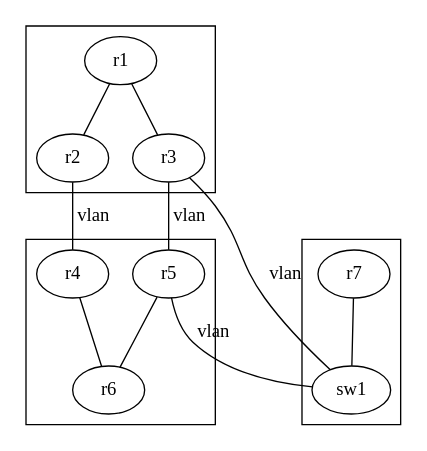
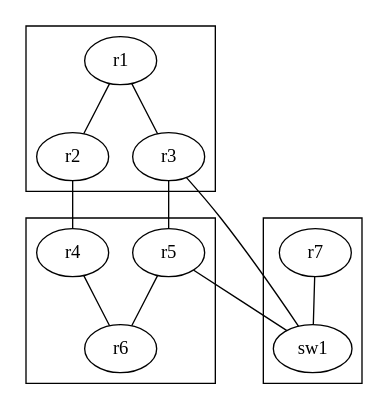
One commit to cpflat/dot2net changed the diagram in example/vlan_multihost/input.dot. Above: the diagram before and after it, drawn with Graphviz. The commit also changed 21 other files, not shown here.

```diff
--- a/example/vlan_multihost/input.dot
+++ b/example/vlan_multihost/input.dot
@@ -1,29 +1,29 @@
 digraph {
 
 	subgraph cluster_host1 {
                 r1[class="router"];
 		r2[class="router"];
 		r3[class="router"];
         }
 
         subgraph cluster_host2 {
 		r4[class="router"];
 		r5[class="router"];
 		r6[class="router"];
         }
 
         subgraph cluster_host3 {
 		sw1[class="switch"];
                 r7[class="router"];
         }
 
 	r1->r2[dir="none"];
 	r1->r3[dir="none"];
-	r2->r4[dir="none", label="vlan"];
-	r3->r5[dir="none", label="vlan"];
+	r2->r4[dir="none", class="interface#vlan"];
+	r3->r5[dir="none", class="interface#vlan"];
 	r4->r6[dir="none"];
 	r5->r6[dir="none"];
-	r3->sw1[dir="none", label="vlan"];
-	r5->sw1[dir="none", label="vlan"];
+	r3->sw1[dir="none", class="interface#vlan"];
+	r5->sw1[dir="none", class="interface#vlan"];
 	r7->sw1[dir="none"];
 }
```
